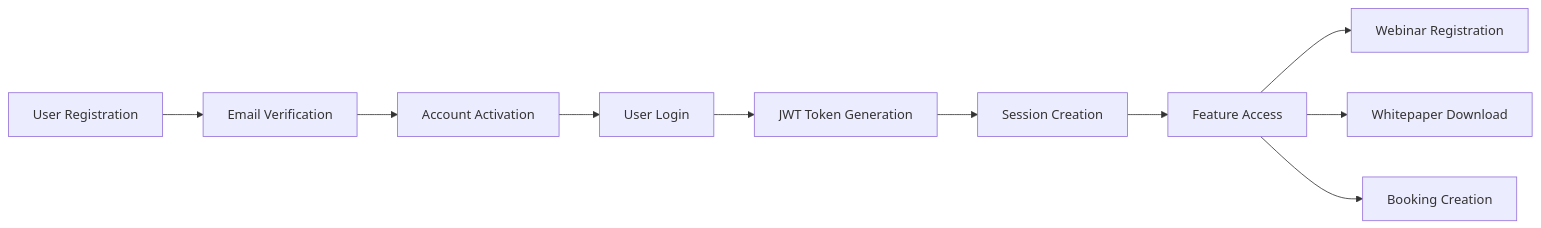
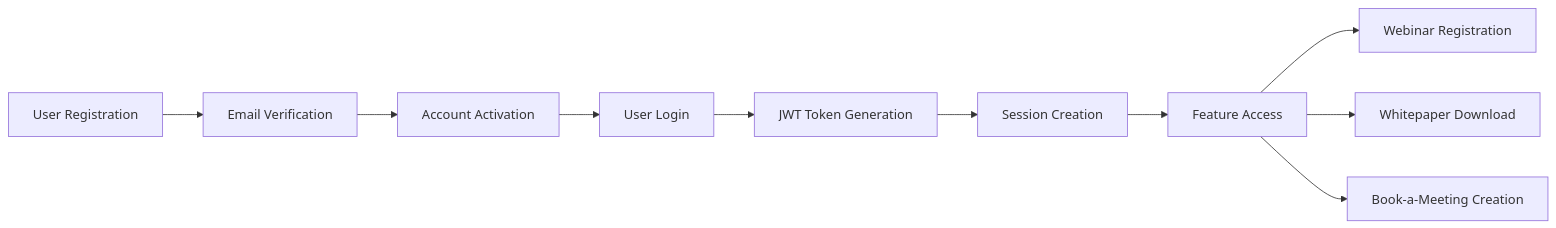
One commit to wapsol/magnetiq2 changed the diagram in docs/spec_v2/dependencymap.md. Above: the diagram before and after it, drawn with Mermaid. The commit also changed other lines of this file and 54 other files, not shown here.

````diff
--- a/docs/spec_v2/dependencymap.md
+++ b/docs/spec_v2/dependencymap.md
@@ -106,12 +106,12 @@
 ```mermaid
 graph LR
     A[User Registration] --> B[Email Verification]
     B --> C[Account Activation]
     C --> D[User Login]
     D --> E[JWT Token Generation]
     E --> F[Session Creation]
     F --> G[Feature Access]
     G --> H[Webinar Registration]
     G --> I[Whitepaper Download]
-    G --> J[Booking Creation]
+    G --> J[Book-a-Meeting Creation]
 ```
````
